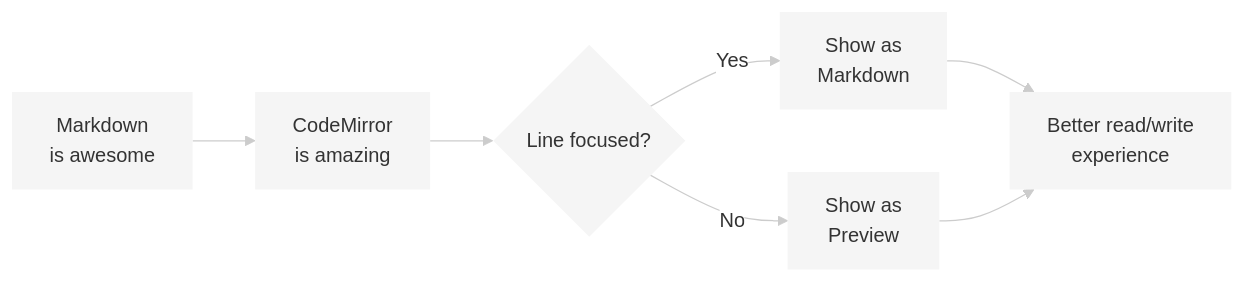
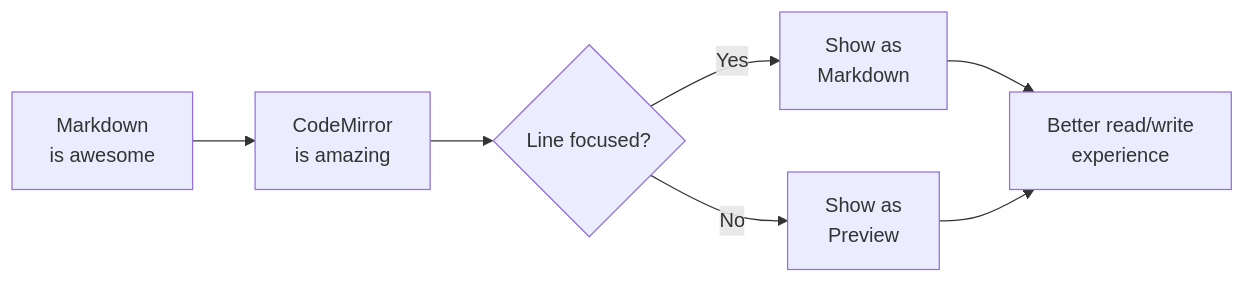
The diagram in example.md (dwaynemcyrus/codemirror-for-writers), drawn with Mermaid before and after one commit. The commit also changed 1 other file, not shown here.

Commit message:
Move mermaid styles to CSS override in demo
- Added mermaid diagram CSS overrides to demo/styles.css
- Removed inline %%{init}%% configuration from example.md
- Styles now apply only to the demo as intended

Closes #2

````diff
--- a/example.md
+++ b/example.md
@@ -76,10 +76,9 @@
 ```mermaid
-%%{init: {'theme': 'base', 'themeVariables': { 'primaryColor': '#f5f5f5', 'secondaryColor': '#f5f5f5', 'tertiaryColor': '#f5f5f5', 'edgeLabelBackground': '#fff', 'primaryBorderColor': 'transparent', 'secondaryBorderColor': 'transparent', 'tertiaryBorderColor': 'transparent', 'lineColor': '#ccc' }, 'flowchart': { 'htmlLabels': true }}}%%
 flowchart LR
     A[Markdown<br/>is awesome] --> B[CodeMirror<br/>is amazing]
     B --> C{Line focused?}
     C -->|Yes| D[Show as<br/>Markdown]
     C -->|No| E[Show as<br/>Preview]
     D --> F[Better read/write<br/>experience]
     E --> F
 ```
````
